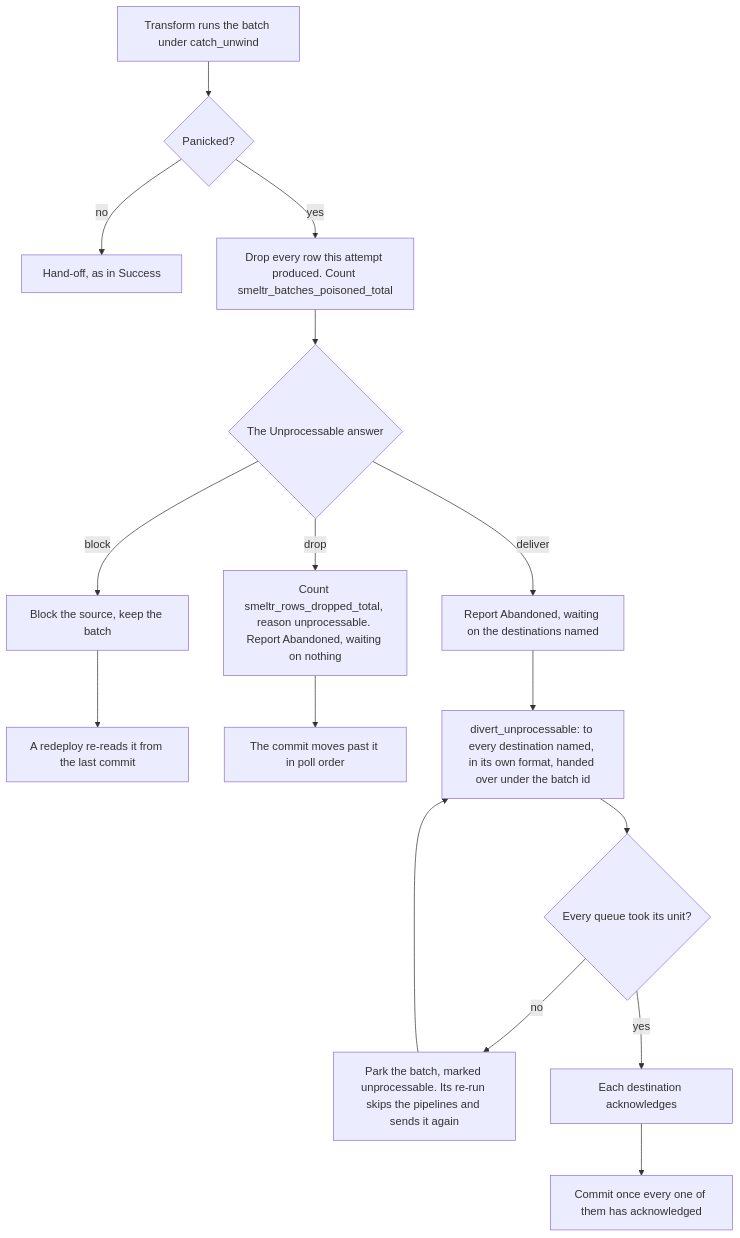
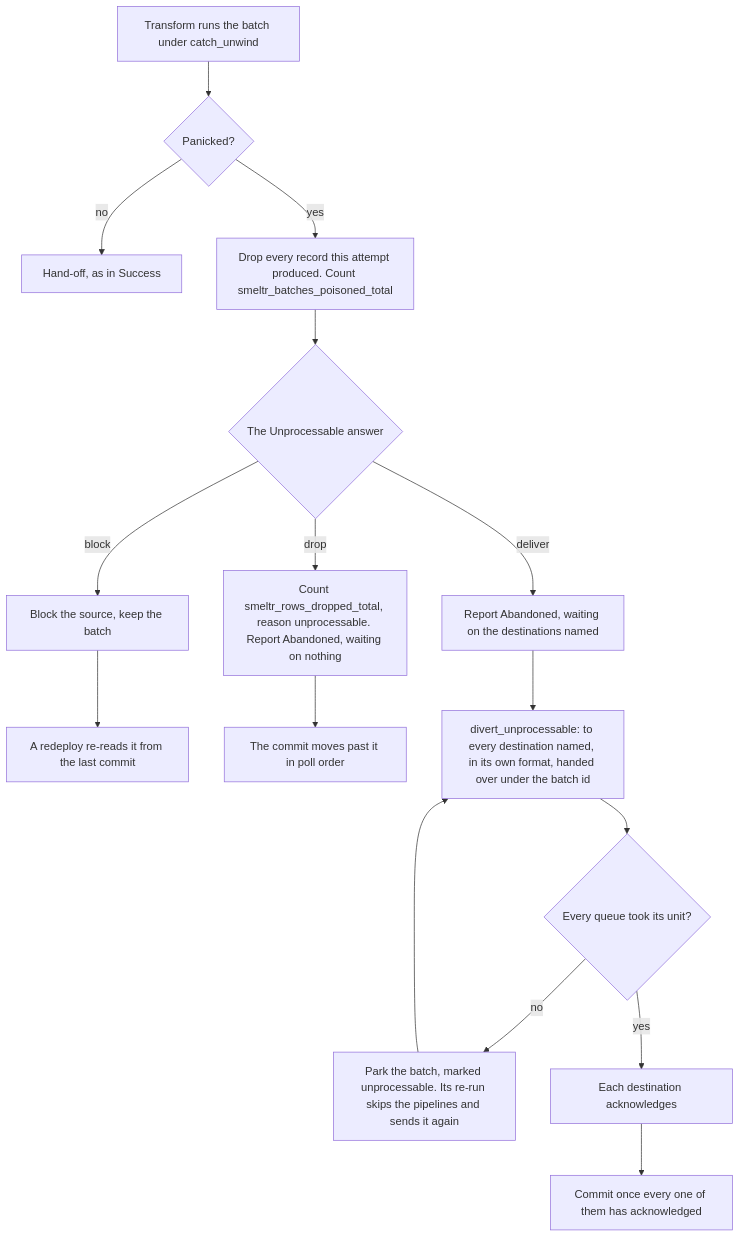
One commit to smeltr-sh/smeltr changed the fourth of 6 diagrams in docs/data-paths.md. Above: the diagram before and after it, drawn with Mermaid. The commit also changed other lines of this file and 16 other files, not shown here.

First line of the commit message:
docs: record, not row, where docs/ means what is processed or sent (#1017)

````diff
--- a/docs/data-paths.md
+++ b/docs/data-paths.md
@@ -111,18 +111,18 @@
 ```mermaid
 flowchart TD
   A["Transform runs the batch under catch_unwind"] --> B{"Panicked?"}
   B -- no --> OK["Hand-off, as in Success"]
-  B -- yes --> C["Drop every row this attempt produced. Count smeltr_batches_poisoned_total"]
+  B -- yes --> C["Drop every record this attempt produced. Count smeltr_batches_poisoned_total"]
   C --> F{"The Unprocessable answer"}
   F -- block --> Q["Block the source, keep the batch"]
   Q --> R["A redeploy re-reads it from the last commit"]
   F -- drop --> G["Count smeltr_rows_dropped_total, reason unprocessable. Report Abandoned, waiting on nothing"]
   G --> K2["The commit moves past it in poll order"]
   F -- deliver --> H["Report Abandoned, waiting on the destinations named"]
   H --> I["divert_unprocessable: to every destination named, in its own format, handed over under the batch id"]
   I --> J{"Every queue took its unit?"}
   J -- no --> W["Park the batch, marked unprocessable. Its re-run skips the pipelines and sends it again"]
   W --> I
   J -- yes --> L["Each destination acknowledges"]
   L --> K["Commit once every one of them has acknowledged"]
 ```
````
